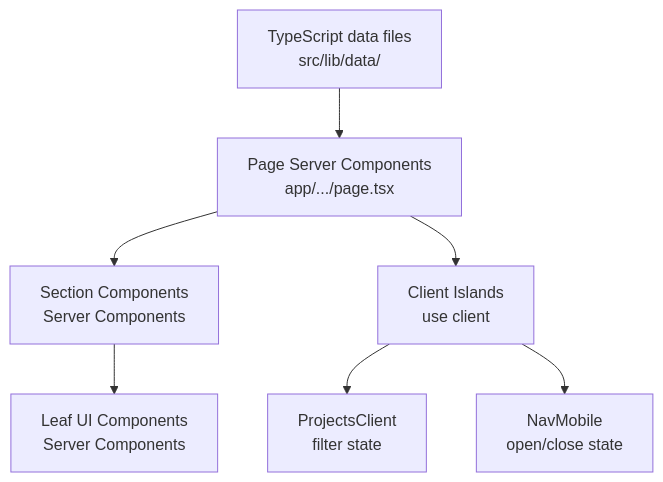
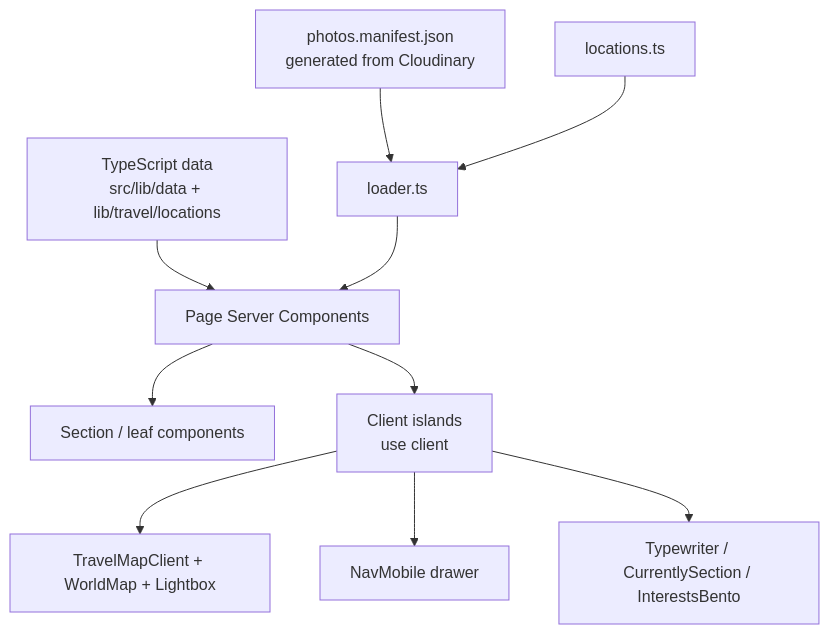
The diagram in .kiro/specs/portfolio-website/design.md (jimmytwin7/JimmyNguyen), drawn with Mermaid before and after one commit. The commit also changed other lines of this file and 16 other files, not shown here.

````diff
--- a/.kiro/specs/portfolio-website/design.md
+++ b/.kiro/specs/portfolio-website/design.md
@@ -97,9 +100,12 @@
 ```mermaid
 graph TD
-    A[TypeScript data files\nsrc/lib/data/] --> B[Page Server Components\napp/.../page.tsx]
-    B --> C[Section Components\nServer Components]
-    C --> D[Leaf UI Components\nServer Components]
-    B --> E[Client Islands\nuse client]
-    E --> F[ProjectsClient\nfilter state]
-    E --> G[NavMobile\nopen/close state]
+    A[TypeScript data\nsrc/lib/data + lib/travel/locations] --> B[Page Server Components]
+    M[photos.manifest.json\ngenerated from Cloudinary] --> L[loader.ts]
+    A2[locations.ts] --> L
+    L --> B
+    B --> C[Section / leaf components]
+    B --> E[Client islands\nuse client]
+    E --> F[TravelMapClient + WorldMap + Lightbox]
+    E --> G[NavMobile drawer]
+    E --> H[Typewriter / CurrentlySection / InterestsBento]
 ```
````
